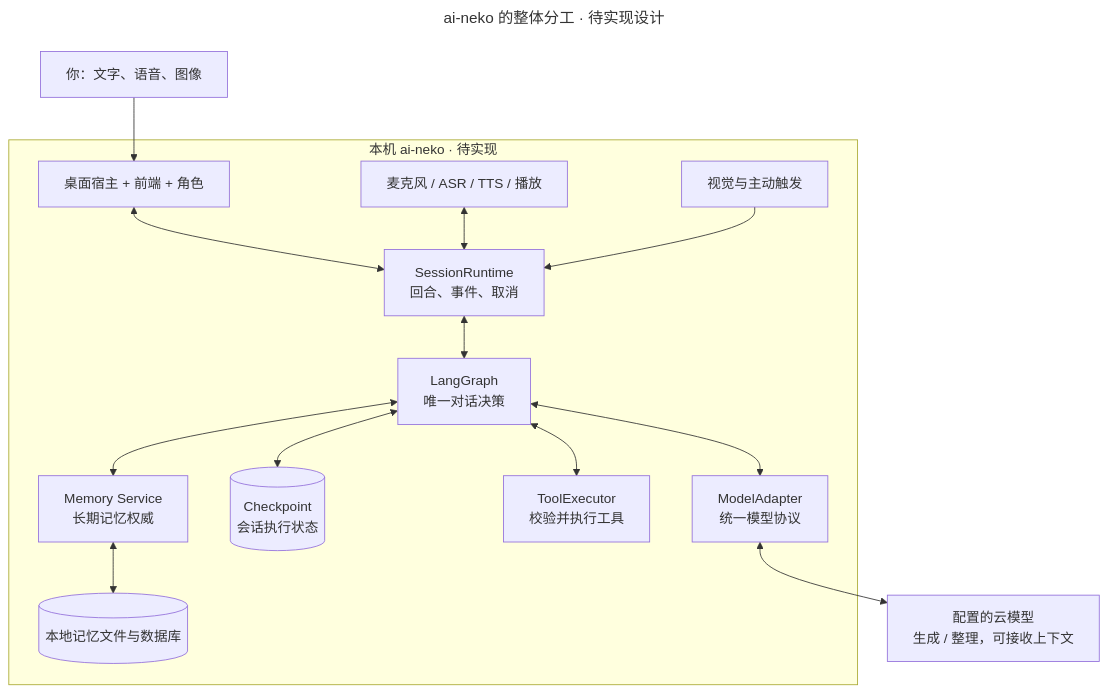
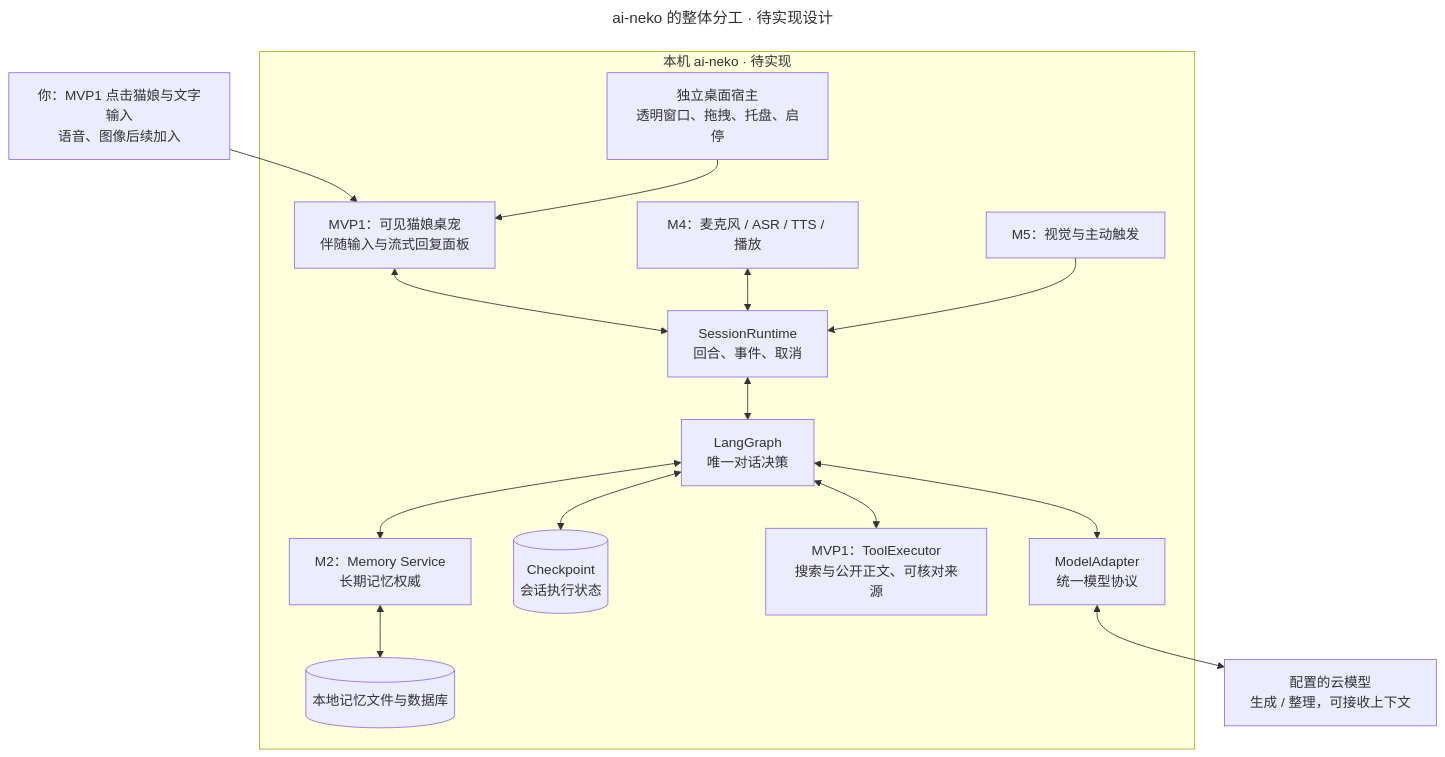
The diagram in docs/diagrams/src/01-architecture.mmd (FrigidCrow/ai-neko), drawn with Mermaid before and after one commit. The commit also changed 167 other files, not shown here.

```diff
--- a/docs/diagrams/src/01-architecture.mmd
+++ b/docs/diagrams/src/01-architecture.mmd
@@ -1,17 +1,18 @@
 ---
 title: "ai-neko 的整体分工 · 待实现设计"
 ---
 flowchart TB
-    U["你：文字、语音、图像"] --> UI
+    U["你：MVP1 点击猫娘与文字输入<br/>语音、图像后续加入"] --> UI
     subgraph APP["本机 ai-neko · 待实现"]
-      UI["桌面宿主 + 前端 + 角色"] <--> R["SessionRuntime<br/>回合、事件、取消"]
-      AUDIO["麦克风 / ASR / TTS / 播放"] <--> R
-      V["视觉与主动触发"] --> R
+      UI["MVP1：可见猫娘桌宠<br/>伴随输入与流式回复面板"] <--> R["SessionRuntime<br/>回合、事件、取消"]
+      HOST["独立桌面宿主<br/>透明窗口、拖拽、托盘、启停"] --> UI
+      AUDIO["M4：麦克风 / ASR / TTS / 播放"] <--> R
+      V["M5：视觉与主动触发"] --> R
       R <--> G["LangGraph<br/>唯一对话决策"]
-      G <--> M["Memory Service<br/>长期记忆权威"]
+      G <--> M["M2：Memory Service<br/>长期记忆权威"]
       M <--> D[("本地记忆文件与数据库")]
       G <--> C[("Checkpoint<br/>会话执行状态")]
-      G <--> T["ToolExecutor<br/>校验并执行工具"]
+      G <--> T["MVP1：ToolExecutor<br/>搜索与公开正文、可核对来源"]
       G <--> A["ModelAdapter<br/>统一模型协议"]
     end
     A <--> CLOUD["配置的云模型<br/>生成 / 整理，可接收上下文"]
```
